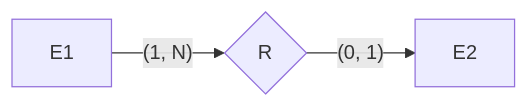
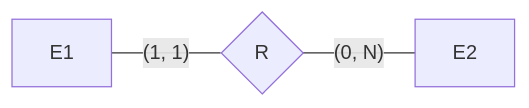
One commit to SiegeSailor/vault-personal changed the first of 7 diagrams in master-notes/BU/579/assignments/2/README.md. Above: the diagram before and after it, drawn with Mermaid. The commit also changed other lines of this file and 2 other files, not shown here.

````diff
--- a/master-notes/BU/579/assignments/2/README.md
+++ b/master-notes/BU/579/assignments/2/README.md
@@ -71,5 +71,5 @@
 ```mermaid
 flowchart LR
-    E1 -->|"(1, N)"| R{R}
-    R -->|"(0, 1)"| E2
+    E1 ---|"(1, 1)"| R{R}
+    R ---|"(0, N)"| E2
 ```
````
